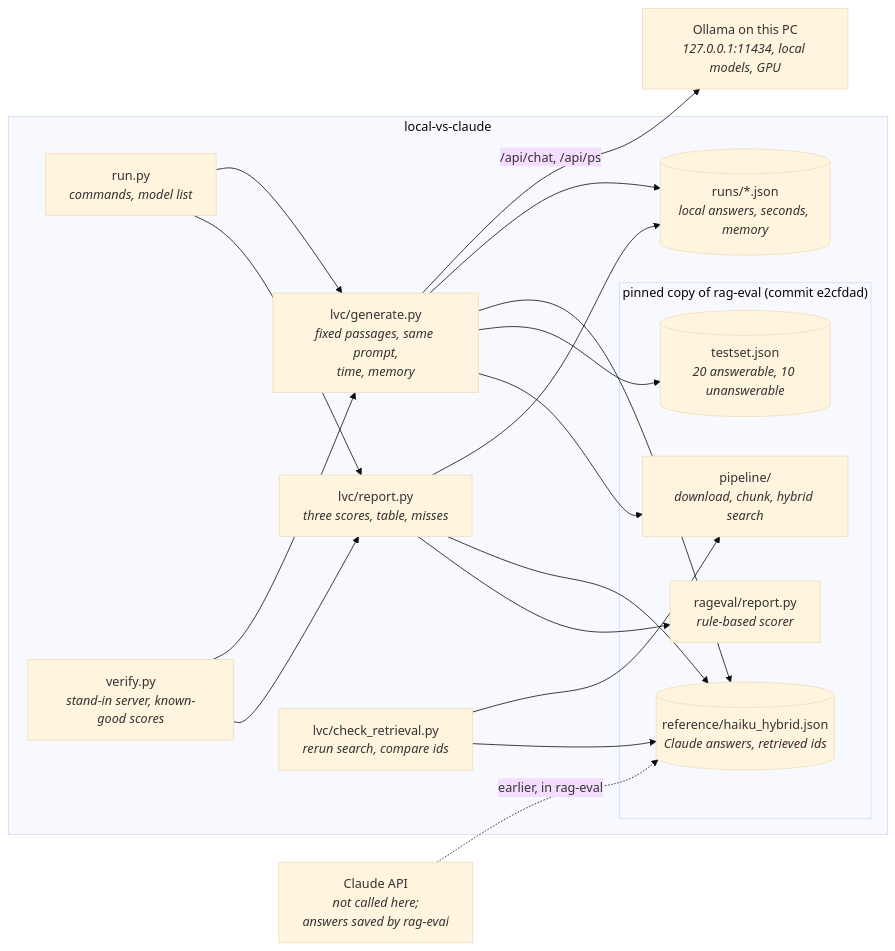
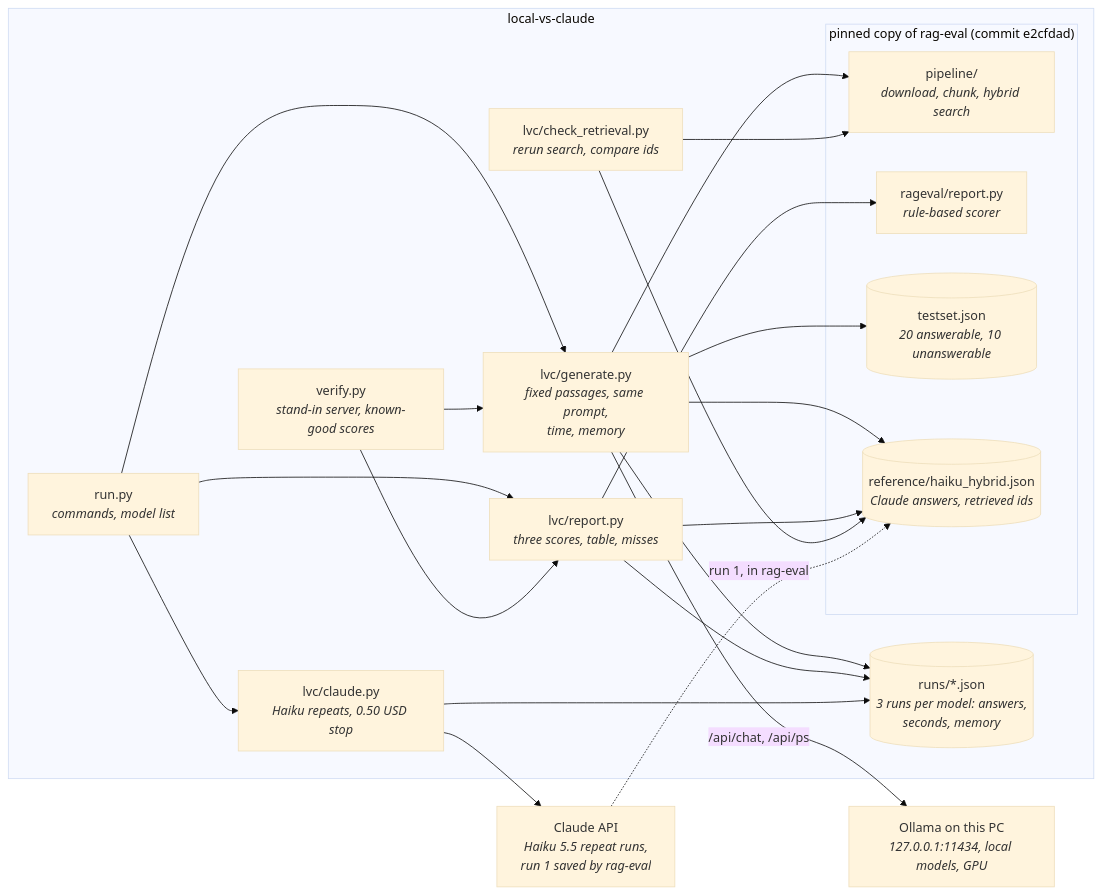
Before and after one commit to batutho-dot/local-vs-claude: the first of 2 diagrams in docs/architecture.md, drawn with Mermaid (base theme). The commit also changed other lines of this file and 19 other files, not shown here.

First line of the commit message:
3 runs per model: table shows mean and min to max; memory guard; Haiku repeat runs

````diff
--- a/docs/architecture.md
+++ b/docs/architecture.md
@@ -8,35 +8,39 @@
 ```mermaid
 flowchart LR
     subgraph repo["local-vs-claude"]
         RUN["run.py<br/><i>commands, model list</i>"]
         GEN["lvc/generate.py<br/><i>fixed passages, same prompt,<br/>time, memory</i>"]
         REP["lvc/report.py<br/><i>three scores, table, misses</i>"]
         CHK["lvc/check_retrieval.py<br/><i>rerun search, compare ids</i>"]
         VER["verify.py<br/><i>stand-in server, known-good scores</i>"]
-        RUNS[("runs/*.json<br/><i>local answers, seconds, memory</i>")]
+        RUNS[("runs/*.json<br/><i>3 runs per model: answers,<br/>seconds, memory</i>")]
+        CLA["lvc/claude.py<br/><i>Haiku repeats, 0.50 USD stop</i>"]
         subgraph reused["pinned copy of rag-eval (commit e2cfdad)"]
             PIPE["pipeline/<br/><i>download, chunk, hybrid search</i>"]
             SCORE["rageval/report.py<br/><i>rule-based scorer</i>"]
             TEST[("testset.json<br/><i>20 answerable, 10 unanswerable</i>")]
             REF[("reference/haiku_hybrid.json<br/><i>Claude answers, retrieved ids</i>")]
         end
     end
     OLLAMA["Ollama on this PC<br/><i>127.0.0.1:11434, local models, GPU</i>"]
-    CLAUDE["Claude API<br/><i>not called here;<br/>answers saved by rag-eval</i>"]
+    CLAUDE["Claude API<br/><i>Haiku 5.5 repeat runs,<br/>run 1 saved by rag-eval</i>"]
 
     RUN --> GEN
     RUN --> REP
     GEN -- "/api/chat, /api/ps" --> OLLAMA
     GEN --> RUNS
     GEN --> REF
     GEN --> TEST
     GEN --> PIPE
     REP --> RUNS
     REP --> REF
     REP --> SCORE
     CHK --> PIPE
     CHK --> REF
     VER --> GEN
     VER --> REP
-    CLAUDE -.->|"earlier, in rag-eval"| REF
+    CLAUDE -.->|"run 1, in rag-eval"| REF
+    RUN --> CLA
+    CLA --> CLAUDE
+    CLA --> RUNS
 ```
````
